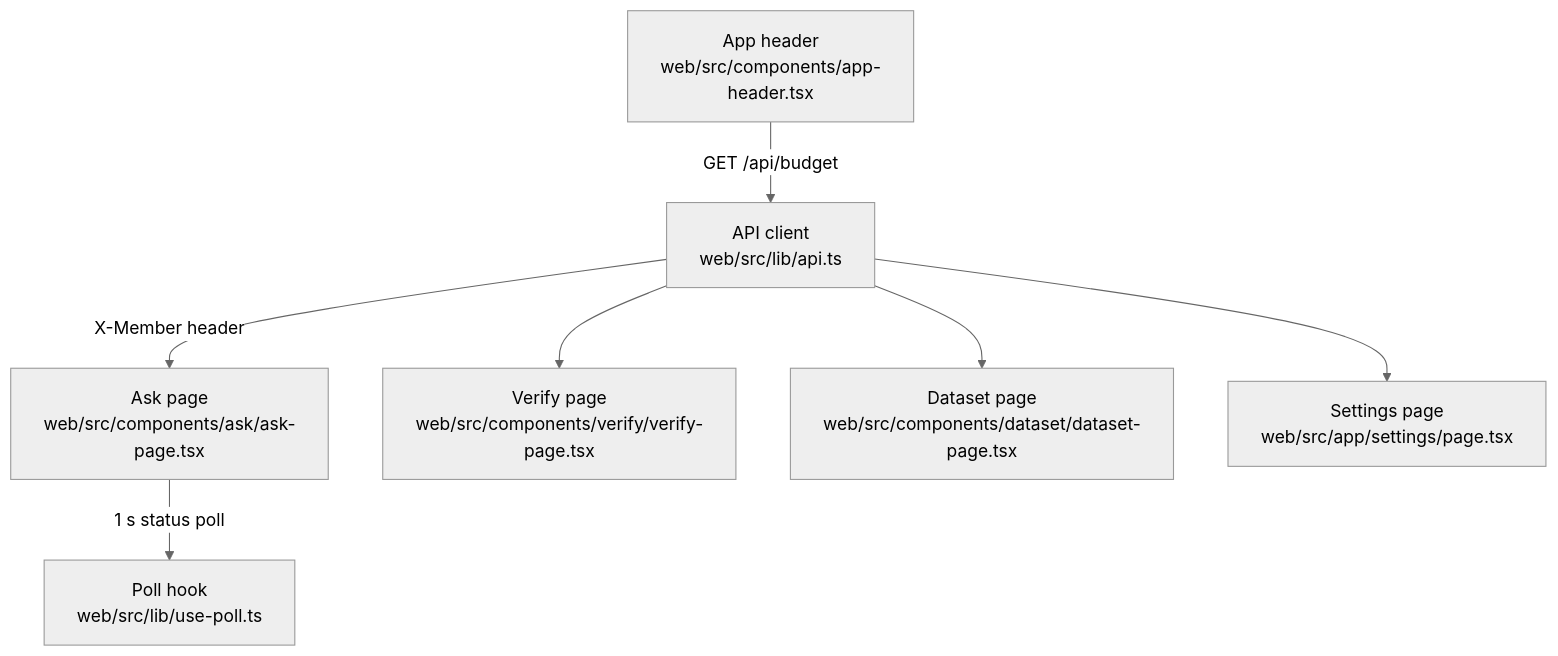
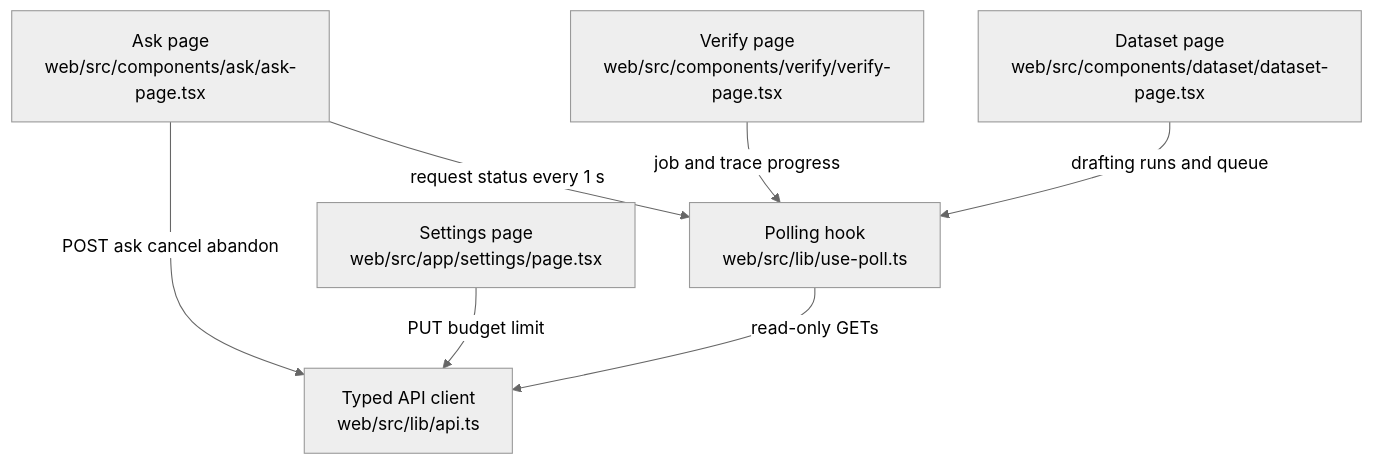
Before and after one commit to littleeeeebit/project-codeit-mid: the diagram in .omm/overall-architecture/web-screens/diagram.mmd, drawn with Mermaid (neutral theme). The commit also changed 403 other files, not shown here.

```diff
--- a/.omm/overall-architecture/web-screens/diagram.mmd
+++ b/.omm/overall-architecture/web-screens/diagram.mmd
@@ -1,7 +1,7 @@
 graph TD
-  api-client["API client\nweb/src/lib/api.ts"] -->|"X-Member header"| ask-page["Ask page\nweb/src/components/ask/ask-page.tsx"]
-  api-client --> verify-page["Verify page\nweb/src/components/verify/verify-page.tsx"]
-  api-client --> dataset-page["Dataset page\nweb/src/components/dataset/dataset-page.tsx"]
-  api-client --> settings-page["Settings page\nweb/src/app/settings/page.tsx"]
-  app-header["App header\nweb/src/components/app-header.tsx"] -->|"GET /api/budget"| api-client
-  ask-page -->|"1 s status poll"| poll-hook["Poll hook\nweb/src/lib/use-poll.ts"]
+  ask-page["Ask page\nweb/src/components/ask/ask-page.tsx"] -->|POST ask cancel abandon| api-client["Typed API client\nweb/src/lib/api.ts"]
+  ask-page -->|request status every 1 s| poll-hook["Polling hook\nweb/src/lib/use-poll.ts"]
+  verify-page["Verify page\nweb/src/components/verify/verify-page.tsx"] -->|job and trace progress| poll-hook
+  dataset-page["Dataset page\nweb/src/components/dataset/dataset-page.tsx"] -->|drafting runs and queue| poll-hook
+  settings-page["Settings page\nweb/src/app/settings/page.tsx"] -->|PUT budget limit| api-client
+  poll-hook -->|read-only GETs| api-client
```
